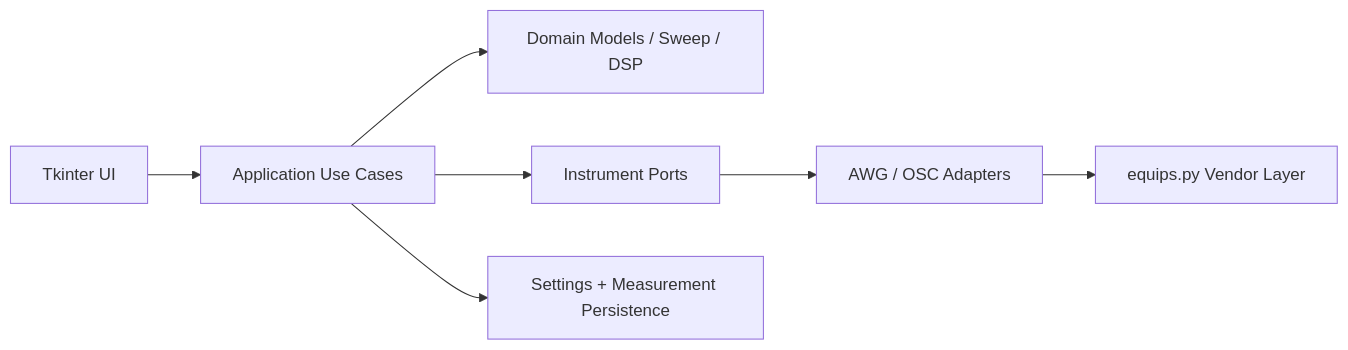
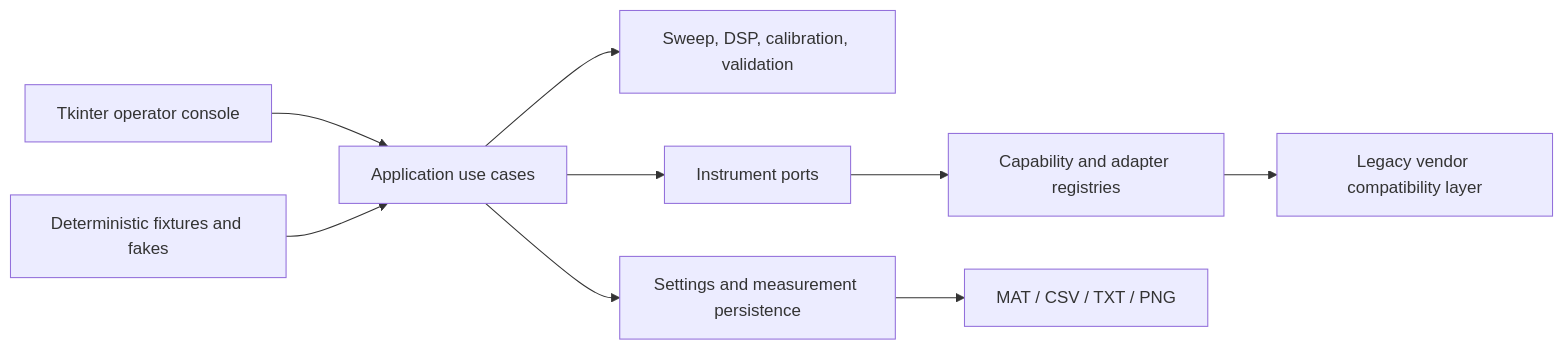
One commit to lishehao/auto-load-off-test changed the diagram in README.md. Above: the diagram before and after it, drawn with Mermaid. The commit also changed other lines of this file, not shown here.

````diff
--- a/README.md
+++ b/README.md
@@ -64,9 +92,11 @@
 ```mermaid
 flowchart LR
-  UI["Tkinter UI"] --> APP["Application Use Cases"]
-  APP --> DOMAIN["Domain Models / Sweep / DSP"]
-  APP --> PORTS["Instrument Ports"]
-  PORTS --> INFRA["AWG / OSC Adapters"]
-  INFRA --> LEGACY["equips.py Vendor Layer"]
-  APP --> PERSIST["Settings + Measurement Persistence"]
+  UI["Tkinter operator console"] --> APP["Application use cases"]
+  DEMO["Deterministic fixtures and fakes"] --> APP
+  APP --> DOMAIN["Sweep, DSP, calibration, validation"]
+  APP --> PORTS["Instrument ports"]
+  PORTS --> REGISTRY["Capability and adapter registries"]
+  REGISTRY --> LEGACY["Legacy vendor compatibility layer"]
+  APP --> STORE["Settings and measurement persistence"]
+  STORE --> FILES["MAT / CSV / TXT / PNG"]
 ```
````
